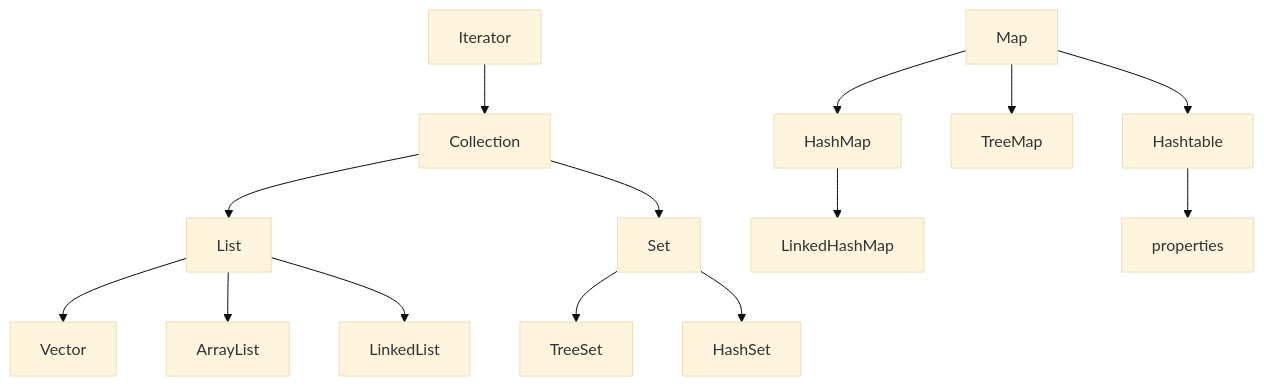
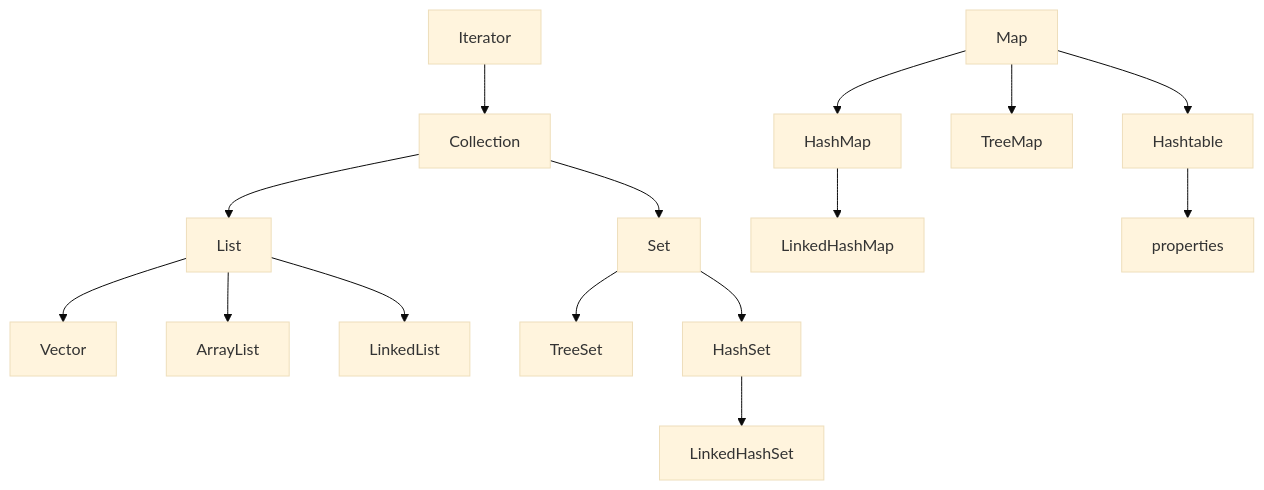
Before and after one commit to shenxingchao/sxc-doc: the first of 3 diagrams in docs/md/Java.md, drawn with Mermaid (base theme). The commit also changed other lines of this file, not shown here.

````diff
--- a/docs/md/Java.md
+++ b/docs/md/Java.md
@@ -1707,16 +1707,17 @@
 ```mermaid
 graph TB;
     Iterator --> Collection
     Collection --> List
         List --> Vector
         List --> ArrayList
         List --> LinkedList
     Collection --> Set
         Set --> TreeSet
         Set --> HashSet
+            HashSet -->LinkedHashSet
     Map --> HashMap
         HashMap --> LinkedHashMap
     Map --> TreeMap
     Map --> Hashtable
         Hashtable --> properties
 ```
````
